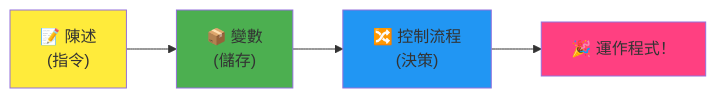
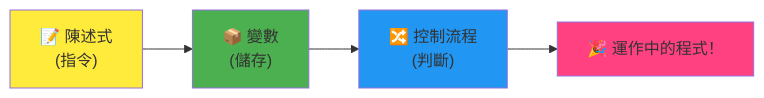
The fourth of 7 diagrams in translations/zh-TW/1-getting-started-lessons/1-intro-to-programming-languages/README.md (microsoft/Web-Dev-For-Beginners), drawn with Mermaid before and after one commit. The commit also changed other lines of this file and 8 other files, not shown here.

````diff
--- a/translations/zh-TW/1-getting-started-lessons/1-intro-to-programming-languages/README.md
+++ b/translations/zh-TW/1-getting-started-lessons/1-intro-to-programming-languages/README.md
@@ -466,9 +468,9 @@
 ```mermaid
 flowchart LR
-    A["📝 陳述<br/>(指令)"] --> B["📦 變數<br/>(儲存)"] --> C["🔀 控制流程<br/>(決策)"] --> D["🎉 運作程式！"]
+    A["📝 陳述式<br/>(指令)"] --> B["📦 變數<br/>(儲存)"] --> C["🔀 控制流程<br/>(判斷)"] --> D["🎉 運作中的程式！"]
     
     style A fill:#ffeb3b
     style B fill:#4caf50
     style C fill:#2196f3
     style D fill:#ff4081
 ```
````
